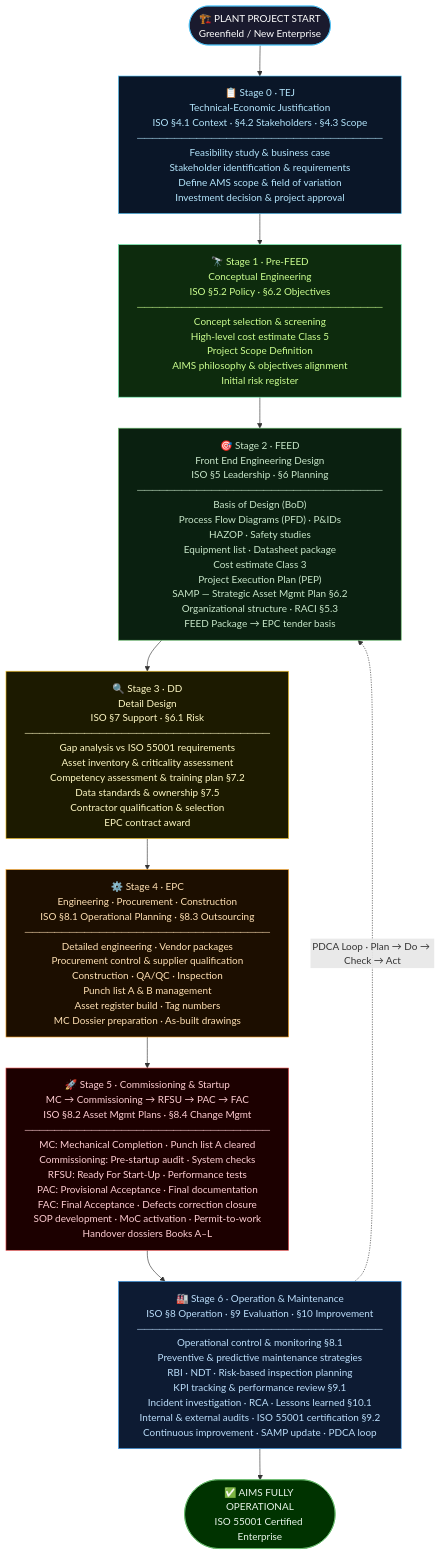
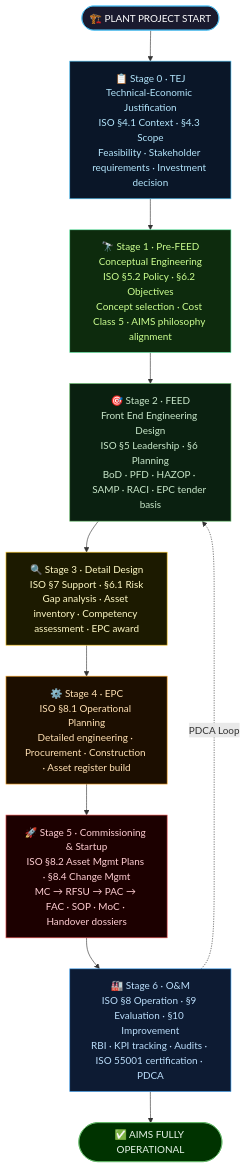
The third of 12 diagrams in README.md (AxiOMSphereAssistanceAIMS/AxiOMSphere), drawn with Mermaid before and after one commit. The commit also changed other lines of this file, not shown here.

First line of the commit message:
README: business-first restructure, API credits section, merged diagrams

````diff
--- a/README.md
+++ b/README.md
@@ -155,34 +280,27 @@
 ```mermaid
 flowchart TD
-    START(["🏗️ PLANT PROJECT START\nGreenfield / New Enterprise"])
+    START(["🏗️ PLANT PROJECT START"])
 
-    S0["📋 Stage 0 · TEJ\nTechnical-Economic Justification\nISO §4.1 Context · §4.2 Stakeholders · §4.3 Scope\n─────────────────────────────────\nFeasibility study & business case\nStakeholder identification & requirements\nDefine AMS scope & field of variation\nInvestment decision & project approval"]
+    S0["📋 Stage 0 · TEJ\nTechnical-Economic Justification\nISO §4.1 Context · §4.3 Scope\nFeasibility · Stakeholder requirements · Investment decision"]
+    S1["🔭 Stage 1 · Pre-FEED\nConceptual Engineering\nISO §5.2 Policy · §6.2 Objectives\nConcept selection · Cost Class 5 · AIMS philosophy alignment"]
+    S2["🎯 Stage 2 · FEED\nFront End Engineering Design\nISO §5 Leadership · §6 Planning\nBoD · PFD · HAZOP · SAMP · RACI · EPC tender basis"]
+    S3["🔍 Stage 3 · Detail Design\nISO §7 Support · §6.1 Risk\nGap analysis · Asset inventory · Competency assessment · EPC award"]
+    S4["⚙️ Stage 4 · EPC\nISO §8.1 Operational Planning\nDetailed engineering · Procurement · Construction · Asset register build"]
+    S5["🚀 Stage 5 · Commissioning & Startup\nISO §8.2 Asset Mgmt Plans · §8.4 Change Mgmt\nMC → RFSU → PAC → FAC · SOP · MoC · Handover dossiers"]
+    S6["🏭 Stage 6 · O&M\nISO §8 Operation · §9 Evaluation · §10 Improvement\nRBI · KPI tracking · Audits · ISO 55001 certification · PDCA"]
 
-    S1["🔭 Stage 1 · Pre-FEED\nConceptual Engineering\nISO §5.2 Policy · §6.2 Objectives\n─────────────────────────────────\nConcept selection & screening\nHigh-level cost estimate Class 5\nProject Scope Definition\nAIMS philosophy & objectives alignment\nInitial risk register"]
-
-    S2["🎯 Stage 2 · FEED\nFront End Engineering Design\nISO §5 Leadership · §6 Planning\n─────────────────────────────────\nBasis of Design (BoD)\nProcess Flow Diagrams (PFD) · P&IDs\nHAZOP · Safety studies\nEquipment list · Datasheet package\nCost estimate Class 3\nProject Execution Plan (PEP)\nSAMP — Strategic Asset Mgmt Plan §6.2\nOrganizational structure · RACI §5.3\nFEED Package → EPC tender basis"]
-
-    S3["🔍 Stage 3 · DD\nDetail Design\nISO §7 Support · §6.1 Risk\n─────────────────────────────────\nGap analysis vs ISO 55001 requirements\nAsset inventory & criticality assessment\nCompetency assessment & training plan §7.2\nData standards & ownership §7.5\nContractor qualification & selection\nEPC contract award"]
-
-    S4["⚙️ Stage 4 · EPC\nEngineering · Procurement · Construction\nISO §8.1 Operational Planning · §8.3 Outsourcing\n─────────────────────────────────\nDetailed engineering · Vendor packages\nProcurement control & supplier qualification\nConstruction · QA/QC · Inspection\nPunch list A & B management\nAsset register build · Tag numbers\nMC Dossier preparation · As-built drawings"]
-
-    S5["🚀 Stage 5 · Commissioning & Startup\nMC → Commissioning → RFSU → PAC → FAC\nISO §8.2 Asset Mgmt Plans · §8.4 Change Mgmt\n─────────────────────────────────\nMC: Mechanical Completion · Punch list A cleared\nCommissioning: Pre-startup audit · System checks\nRFSU: Ready For Start-Up · Performance tests\nPAC: Provisional Acceptance · Final documentation\nFAC: Final Acceptance · Defects correction closure\nSOP development · MoC activation · Permit-to-work\nHandover dossiers Books A–L"]
-
-    S6["🏭 Stage 6 · Operation & Maintenance\nISO §8 Operation · §9 Evaluation · §10 Improvement\n─────────────────────────────────\nOperational control & monitoring §8.1\nPreventive & predictive maintenance strategies\nRBI · NDT · Risk-based inspection planning\nKPI tracking & performance review §9.1\nIncident investigation · RCA · Lessons learned §10.1\nInternal & external audits · ISO 55001 certification §9.2\nContinuous improvement · SAMP update · PDCA loop"]
-
-    DONE(["✅ AIMS FULLY OPERATIONAL\nISO 55001 Certified Enterprise"])
+    DONE(["✅ AIMS FULLY OPERATIONAL"])
 
     START --> S0 --> S1 --> S2 --> S3 --> S4 --> S5 --> S6 --> DONE
-
-    S6 -.->|"PDCA Loop · Plan → Do → Check → Act"| S2
+    S6 -.->|"PDCA Loop"| S2
 
     style START fill:#1a1a2e,stroke:#4fc3f7,color:#fff
     style S0 fill:#0a1628,stroke:#4fc3f7,color:#b3e5fc
     style S1 fill:#0d2b0d,stroke:#69f0ae,color:#ccff90
     style S2 fill:#0a2010,stroke:#66bb6a,color:#c8e6c9
     style S3 fill:#1c1a00,stroke:#ffca28,color:#fff9c4
     style S4 fill:#1c0e00,stroke:#ffa726,color:#ffe0b2
     style S5 fill:#1c0000,stroke:#ef5350,color:#ffcdd2
     style S6 fill:#0d1b33,stroke:#42a5f5,color:#bbdefb
     style DONE fill:#003300,stroke:#66bb6a,color:#e8f5e9
 ```
````
